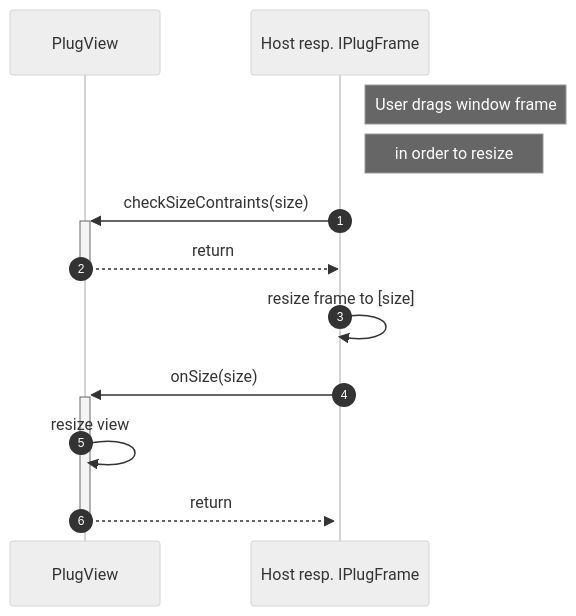
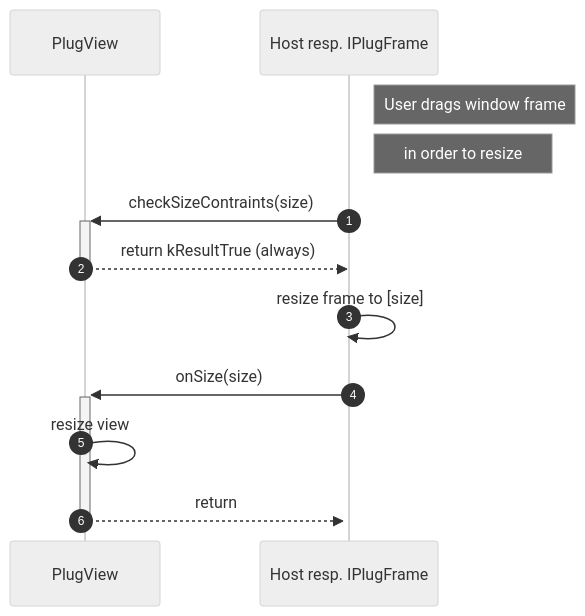
The second of 3 diagrams in src/pages/Technical+Documentation/Workflow+Diagrams/Resize+View+Call+Sequence.md (steinbergmedia/vst3_dev_portal), drawn with Mermaid (neutral theme) before and after one commit. The commit also changed other lines of this file and 5 other files, not shown here.

````diff
--- a/src/pages/Technical+Documentation/Workflow+Diagrams/Resize+View+Call+Sequence.md
+++ b/src/pages/Technical+Documentation/Workflow+Diagrams/Resize+View+Call+Sequence.md
@@ -40,17 +40,17 @@
 ```mermaid
 sequenceDiagram
 
     participant P as PlugView
     participant H as Host resp. IPlugFrame
 
     autonumber
 
     Note right of H: User drags window frame
     Note right of H: in order to resize
     H->>+P:     checkSizeContraints(size)
-    P-->>-H:    return
+    P-->>-H:    return kResultTrue (always)
     H->>+H:     resize frame to [size]
     H->>+P:     onSize(size)
     P->>P:      resize view
     P-->>-H:    return
 ```
````
